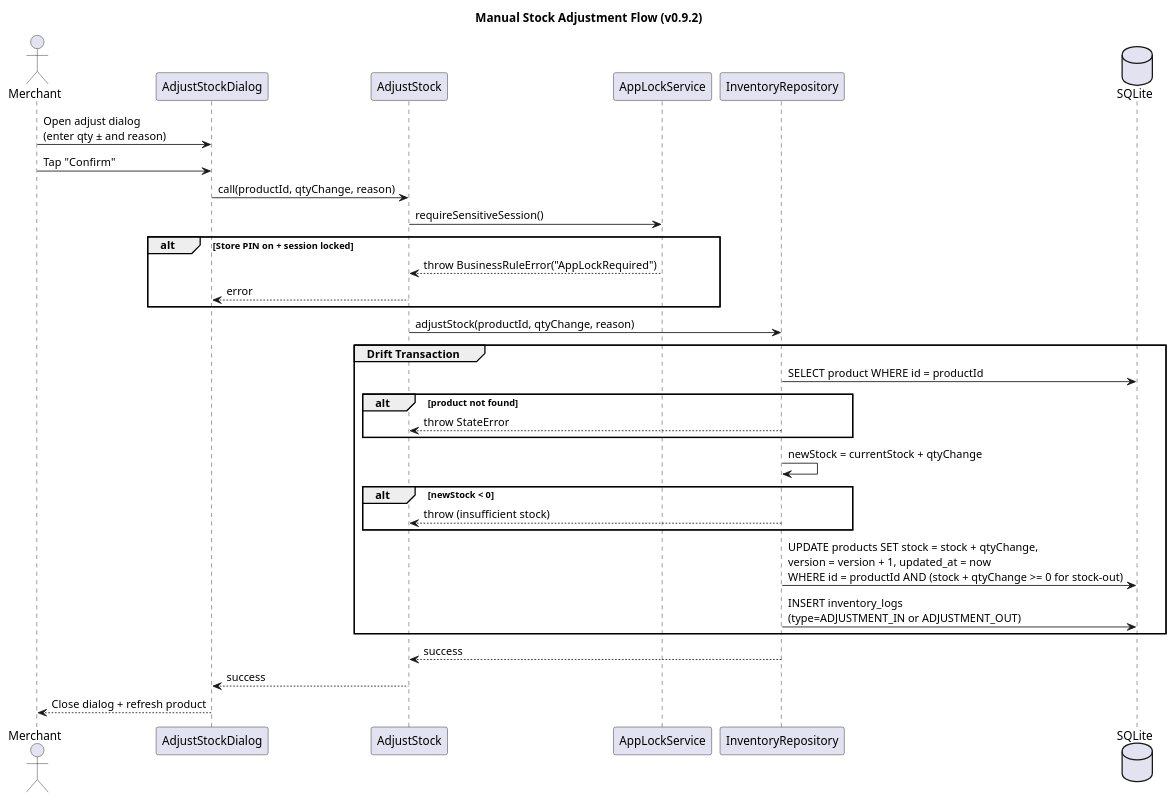
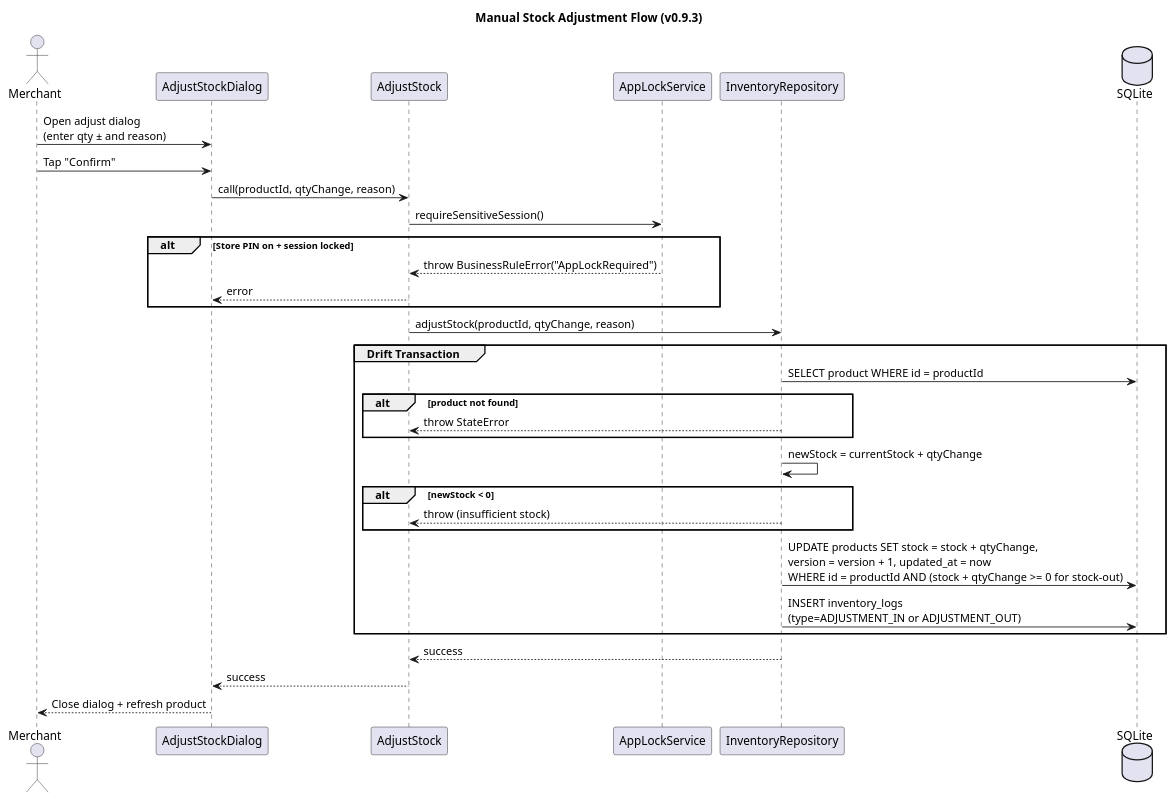
Before and after one commit to MN-Lizard-Team/promsell-pos-ce: the diagram in docs/architecture/puml/sequence-adjust-stock.puml, drawn with PlantUML. The commit also changed 43 other files, not shown here.

```diff
--- a/docs/architecture/puml/sequence-adjust-stock.puml
+++ b/docs/architecture/puml/sequence-adjust-stock.puml
@@ -1,42 +1,42 @@
 @startuml Sequence_AdjustStock
-title Manual Stock Adjustment Flow (v0.9.2)
+title Manual Stock Adjustment Flow (v0.9.3)
 
 actor Merchant
 participant "AdjustStockDialog" as UI
 participant "AdjustStock" as UC
 participant "AppLockService" as AppLock
 participant "InventoryRepository" as InvRepo
 database "SQLite" as DB
 
 Merchant -> UI: Open adjust dialog\n(enter qty ± and reason)
 Merchant -> UI: Tap "Confirm"
 
 UI -> UC: call(productId, qtyChange, reason)
 UC -> AppLock: requireSensitiveSession()
 alt Store PIN on + session locked
     AppLock --> UC: throw BusinessRuleError("AppLockRequired")
     UC --> UI: error
 end
 
 UC -> InvRepo: adjustStock(productId, qtyChange, reason)
 
 group Drift Transaction
     InvRepo -> DB: SELECT product WHERE id = productId
     alt product not found
         InvRepo --> UC: throw StateError
     end
 
     InvRepo -> InvRepo: newStock = currentStock + qtyChange
     alt newStock < 0
         InvRepo --> UC: throw (insufficient stock)
     end
 
     InvRepo -> DB: UPDATE products SET stock = stock + qtyChange,\nversion = version + 1, updated_at = now\nWHERE id = productId AND (stock + qtyChange >= 0 for stock-out)
     InvRepo -> DB: INSERT inventory_logs\n(type=ADJUSTMENT_IN or ADJUSTMENT_OUT)
 end
 
 InvRepo --> UC: success
 UC --> UI: success
 UI --> Merchant: Close dialog + refresh product
 
 @enduml
```
